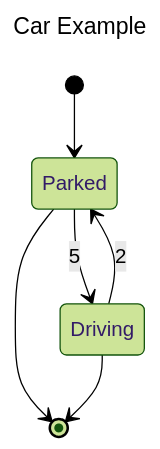
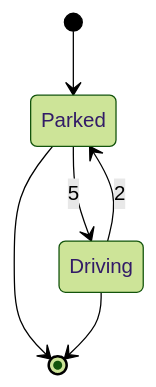
Before and after one commit to galenseilis/old_blog: the diagram in _posts/2023-12-20-car-simpy-ciw.md, drawn with Mermaid (forest theme). The commit also changed other lines of this file, not shown here.

Commit message:
Try state diagram without title of version 2

````diff
--- a/_posts/2023-12-20-car-simpy-ciw.md
+++ b/_posts/2023-12-20-car-simpy-ciw.md
@@ -12,11 +12,8 @@
 ```mermaid
----
-title: Car Example
----
-stateDiagram-v2
+stateDiagram
     [*] --> Parked
     Parked --> Driving: 5
     Driving --> Parked: 2
     Parked --> [*]
     Driving --> [*]
 ```
````
